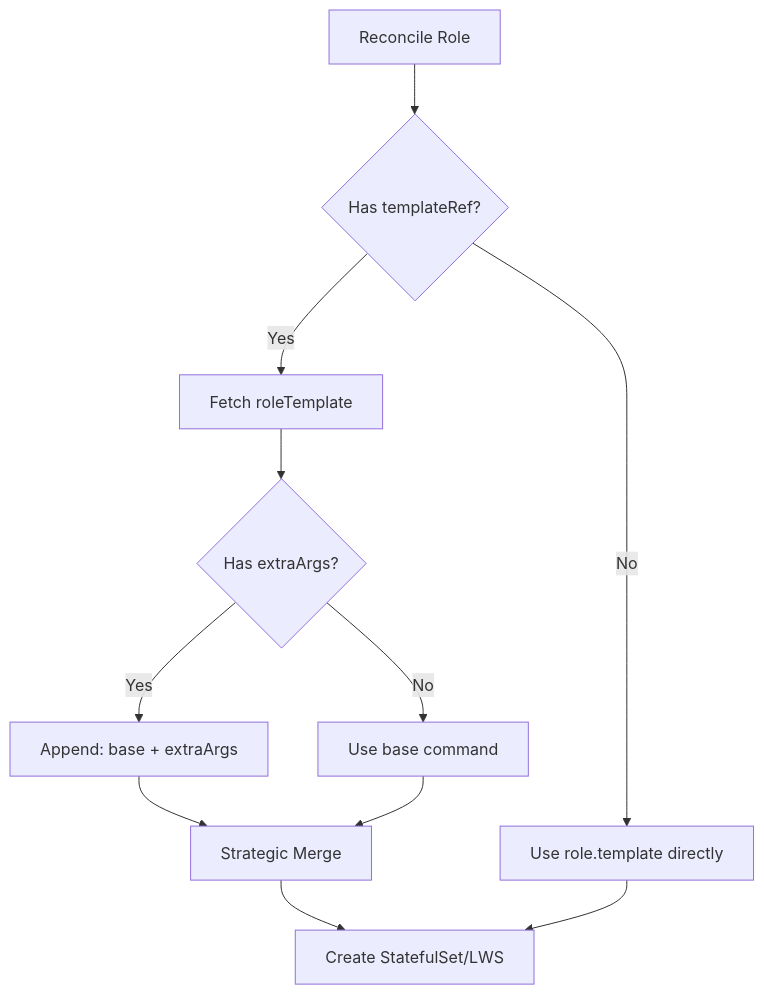
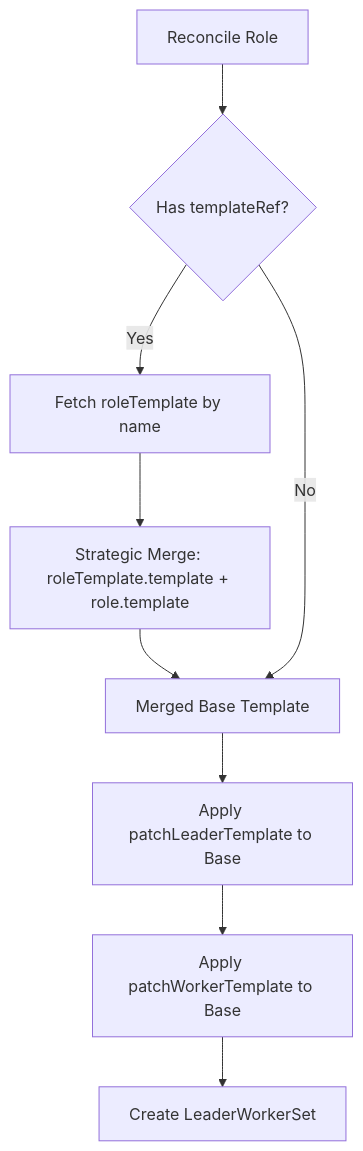
The second of 2 diagrams in keps/8-reduce-yaml-duplication/README.md (sgl-project/rbg), drawn with Mermaid before and after one commit. The commit also changed other lines of this file, not shown here.

````diff
--- a/keps/8-reduce-yaml-duplication/README.md
+++ b/keps/8-reduce-yaml-duplication/README.md
@@ -486,13 +244,12 @@
 ```mermaid
 flowchart TD
     A[Reconcile Role] --> B{Has templateRef?}
-    B -->|Yes| C[Fetch roleTemplate]
-    C --> D{Has extraArgs?}
-    D -->|Yes| E[Append: base + extraArgs]
-    D -->|No| F[Use base command]
-    E --> G[Strategic Merge]
-    F --> G
-    G --> H[Create StatefulSet/LWS]
-    B -->|No| I[Use role.template directly]
-    I --> H
+    B -->|Yes| C[Fetch roleTemplate by name]
+    C --> D[Strategic Merge: roleTemplate.template + role.template]
+    D --> E[Merged Base Template]
+    B -->|No| E
+
+    E --> F[Apply patchLeaderTemplate to Base]
+    F --> G[Apply patchWorkerTemplate to Base]
+    G --> H[Create LeaderWorkerSet]
 ```
````
